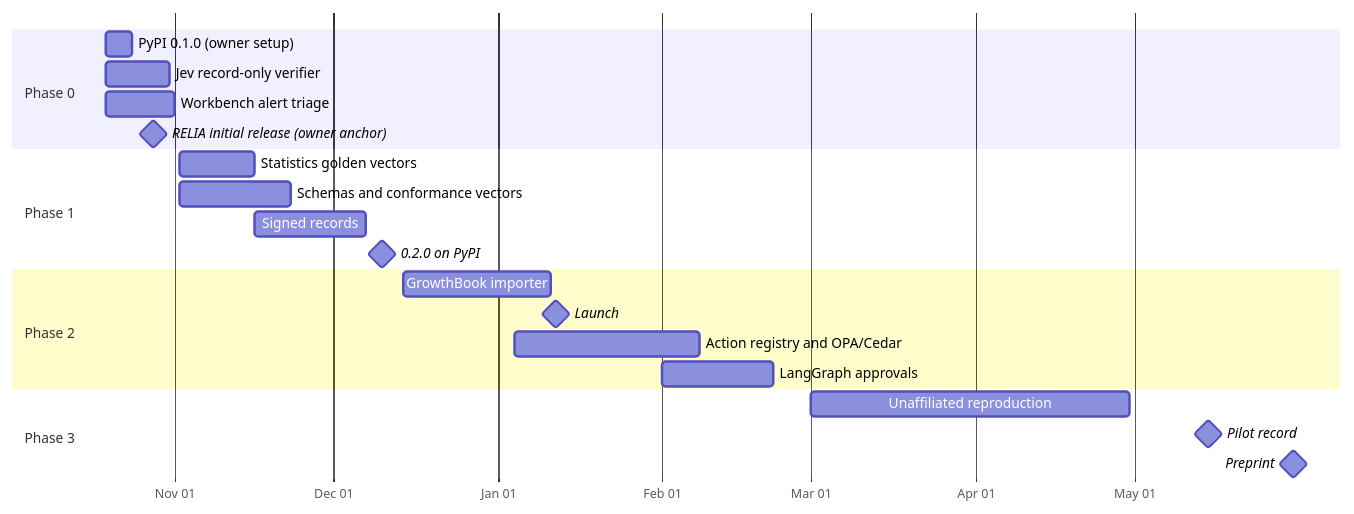
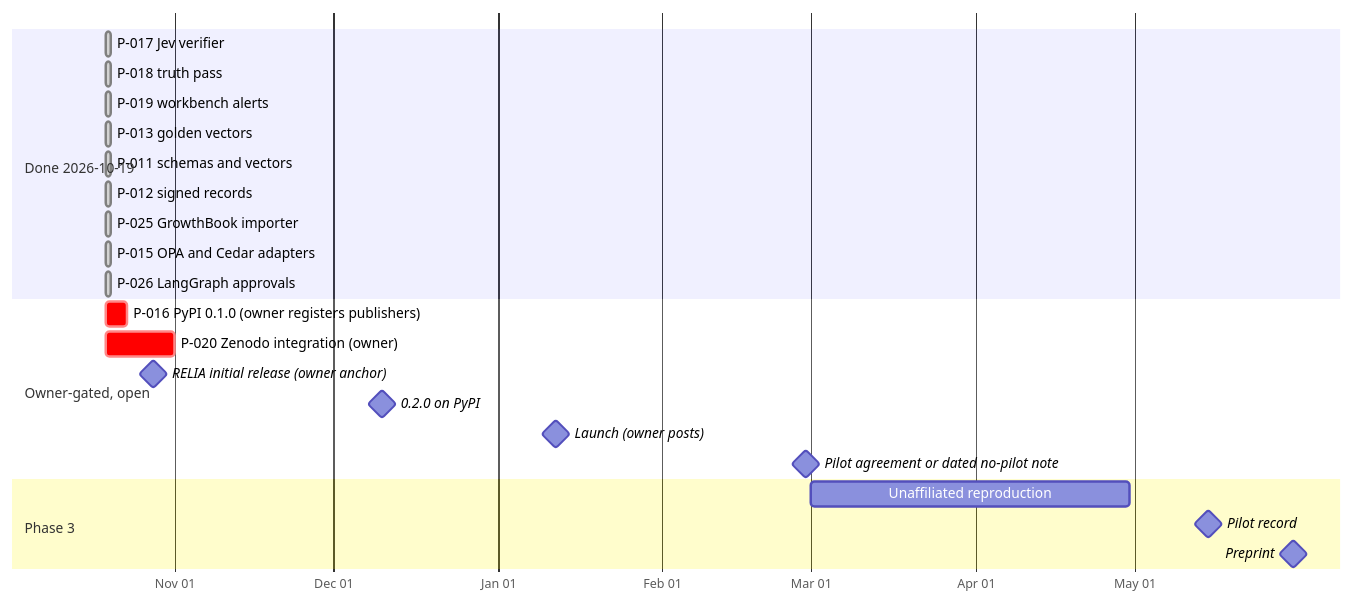
One commit to BichengWang/py-notebook changed the diagram in .plan/README.md. Above: the diagram before and after it, drawn with Mermaid. The commit also changed other lines of this file and 6 other files, not shown here.

Commit message:
docs(plan): record what shipped on 2026-10-19 and what the owner still has to do (#264)

````diff
--- a/.plan/README.md
+++ b/.plan/README.md
@@ -111,24 +123,26 @@
 ```mermaid
 gantt
   dateFormat YYYY-MM-DD
   axisFormat %b %d
-  section Phase 0
-  PyPI 0.1.0 (owner setup)               :p016, 2026-10-19, 5d
-  Jev record-only verifier               :p017, 2026-10-19, 12d
-  Workbench alert triage                 :p019, 2026-10-19, 13d
+  section Done 2026-10-19
+  P-017 Jev verifier                     :done, p017, 2026-10-19, 1d
+  P-018 truth pass                       :done, p018, 2026-10-19, 1d
+  P-019 workbench alerts                 :done, p019, 2026-10-19, 1d
+  P-013 golden vectors                   :done, p013, 2026-10-19, 1d
+  P-011 schemas and vectors              :done, p011, 2026-10-19, 1d
+  P-012 signed records                   :done, p012, 2026-10-19, 1d
+  P-025 GrowthBook importer              :done, p025, 2026-10-19, 1d
+  P-015 OPA and Cedar adapters           :done, p015, 2026-10-19, 1d
+  P-026 LangGraph approvals              :done, p026, 2026-10-19, 1d
+  section Owner-gated, open
+  P-016 PyPI 0.1.0 (owner registers publishers) :crit, p016, 2026-10-19, 2026-10-23
+  P-020 Zenodo integration (owner)       :crit, p020, 2026-10-19, 2026-11-01
   RELIA initial release (owner anchor)   :milestone, 2026-10-28, 0d
-  section Phase 1
-  Statistics golden vectors              :p013, 2026-11-02, 14d
-  Schemas and conformance vectors        :p011, 2026-11-02, 21d
-  Signed records                         :p012, 2026-11-16, 21d
   0.2.0 on PyPI                          :milestone, 2026-12-10, 0d
-  section Phase 2
-  GrowthBook importer                    :p025, 2026-12-14, 28d
-  Launch                                 :milestone, 2027-01-12, 0d
-  Action registry and OPA/Cedar          :p015, 2027-01-04, 35d
-  LangGraph approvals                    :p026, 2027-02-01, 21d
+  Launch (owner posts)                   :milestone, 2027-01-12, 0d
+  Pilot agreement or dated no-pilot note :milestone, 2027-02-28, 0d
   section Phase 3
   Unaffiliated reproduction              :p029, 2027-03-01, 60d
   Pilot record                           :milestone, 2027-05-15, 0d
   Preprint                               :milestone, 2027-05-31, 0d
 ```
````
